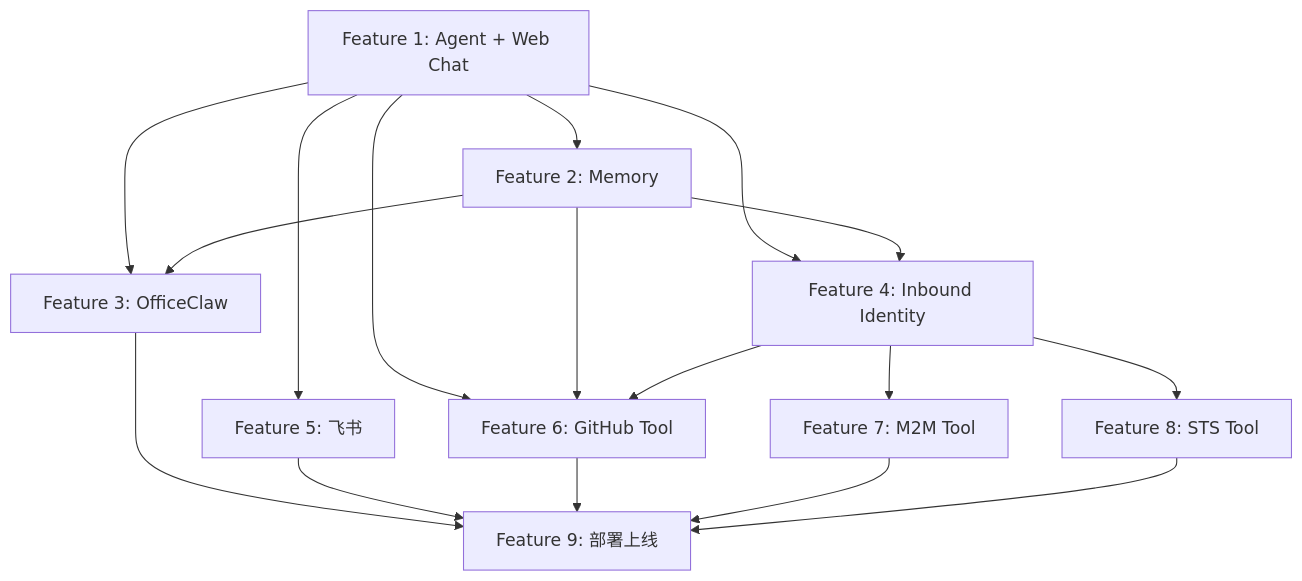
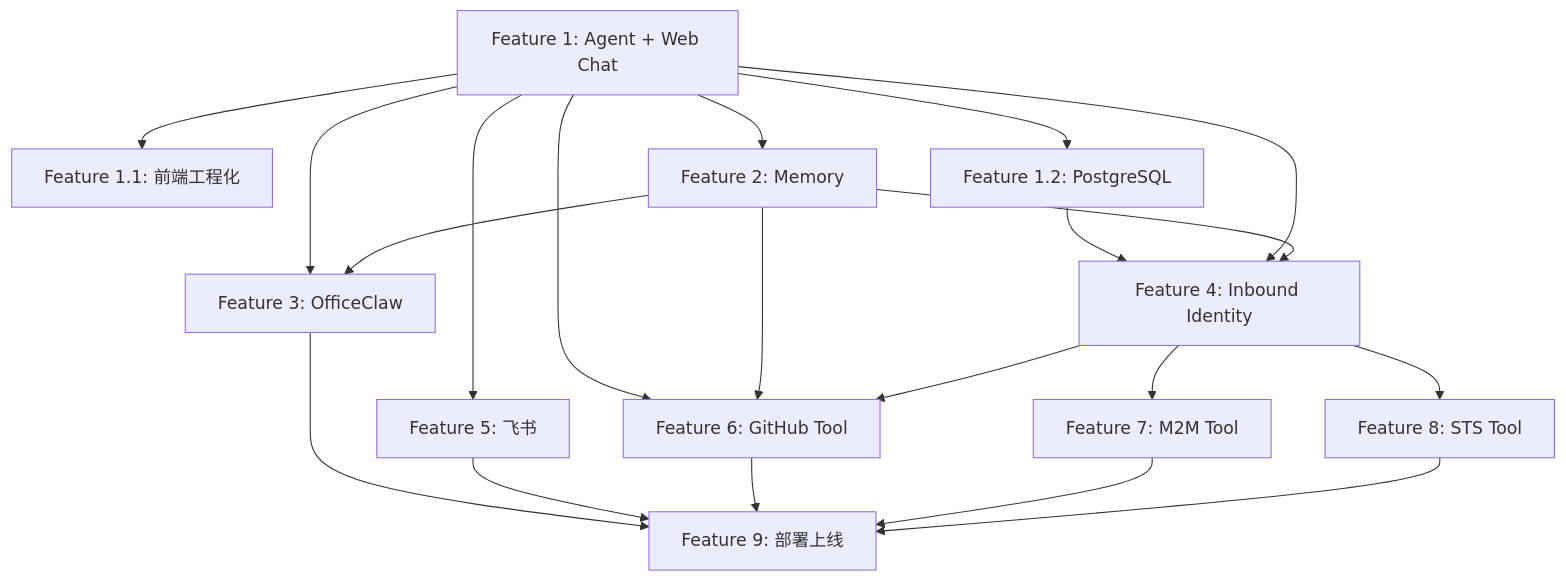
Before and after one commit to T-1009/personal-assistant: the diagram in personal-assistant-meta/issues/features/README.md, drawn with Mermaid. The commit also changed other lines of this file and 8 other files, not shown here.

````diff
--- a/personal-assistant-meta/issues/features/README.md
+++ b/personal-assistant-meta/issues/features/README.md
@@ -23,19 +25,22 @@
 ```mermaid
 flowchart TD
-    F1["Feature 1: Agent + Web Chat"] --> F2["Feature 2: Memory"]
+    F1["Feature 1: Agent + Web Chat"] --> F1_1["Feature 1.1: 前端工程化"]
+    F1 --> F1_2["Feature 1.2: PostgreSQL"]
+    F1_2 --> F4["Feature 4: Inbound Identity"]
+    F1 --> F2["Feature 2: Memory"]
     F1 --> F3["Feature 3: OfficeClaw"]
     F2 --> F3
-    F1 --> F4["Feature 4: Inbound Identity"]
+    F1 --> F4
     F2 --> F4
     F1 --> F5["Feature 5: 飞书"]
     F1 --> F6["Feature 6: GitHub Tool"]
     F2 --> F6
     F4 --> F6
     F4 --> F7["Feature 7: M2M Tool"]
     F4 --> F8["Feature 8: STS Tool"]
     F3 --> F9["Feature 9: 部署上线"]
     F5 --> F9
     F6 --> F9
     F7 --> F9
     F8 --> F9
 ```
````
